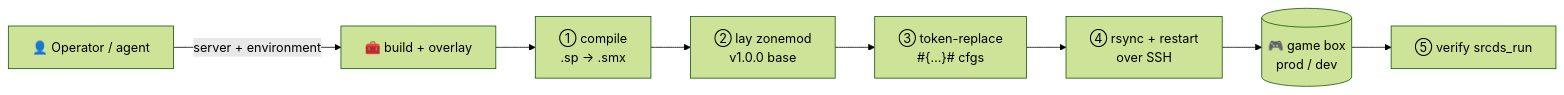
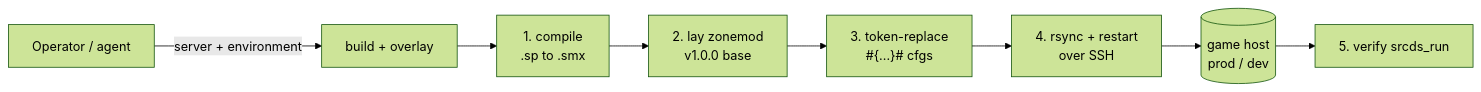
Before and after one commit to bogware/bizzymod: the second of 2 diagrams in README.md, drawn with Mermaid (forest theme). The commit also changed other lines of this file and 1 other file, not shown here.

````diff
--- a/README.md
+++ b/README.md
@@ -157,10 +148,10 @@
 ```mermaid
 flowchart LR
-    Op["👤 Operator / agent"] -->|"server + environment"| B["🧰 build + overlay"]
-    B --> S1["① compile<br/>.sp → .smx"]
-    S1 --> S2["② lay zonemod<br/>v1.0.0 base"]
-    S2 --> S3["③ token-replace<br/>#{…}# cfgs"]
-    S3 --> S4["④ rsync + restart<br/>over SSH"]
-    S4 --> Box[("🎮 game box<br/>prod / dev")]
-    Box --> V["⑤ verify srcds_run"]
+    Op["Operator / agent"] -->|"server + environment"| B["build + overlay"]
+    B --> S1["1. compile<br/>.sp to .smx"]
+    S1 --> S2["2. lay zonemod<br/>v1.0.0 base"]
+    S2 --> S3["3. token-replace<br/>#{...}# cfgs"]
+    S3 --> S4["4. rsync + restart<br/>over SSH"]
+    S4 --> Box[("game host<br/>prod / dev")]
+    Box --> V["5. verify srcds_run"]
 ```
````
